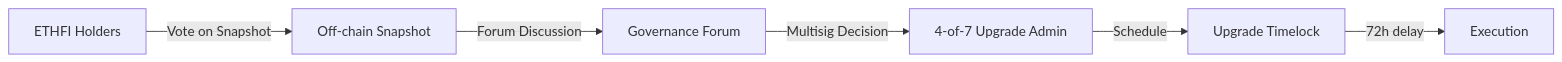
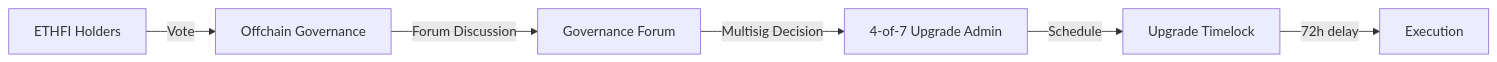
Before and after one commit to ParkCommissioner/ownership-token-framework: the third of 3 diagrams in research/ethfi-research.md, drawn with Mermaid. The commit also changed other lines of this file, not shown here.

````diff
--- a/research/ethfi-research.md
+++ b/research/ethfi-research.md
@@ -218,8 +235,8 @@
 ```mermaid
 graph LR
-    A[ETHFI Holders] -->|Vote on Snapshot| B[Off-chain Snapshot]
+    A[ETHFI Holders] -->|Vote| B[Offchain Governance]
     B -->|Forum Discussion| C[Governance Forum]
     C -->|Multisig Decision| D[4-of-7 Upgrade Admin]
     D -->|Schedule| E[Upgrade Timelock]
     E -->|72h delay| F[Execution]
 ```
````
